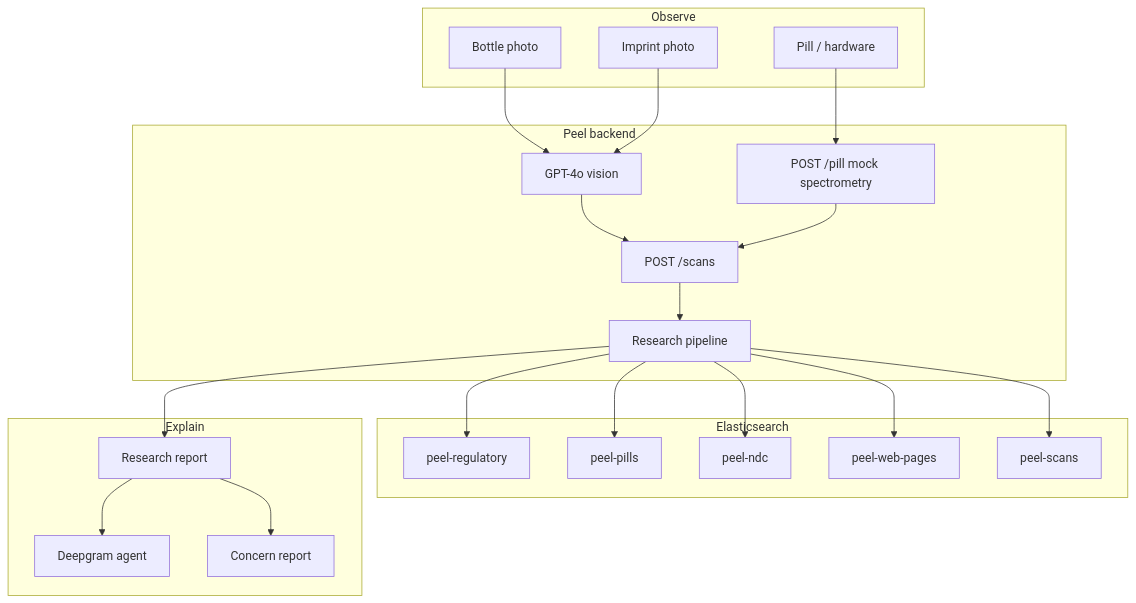
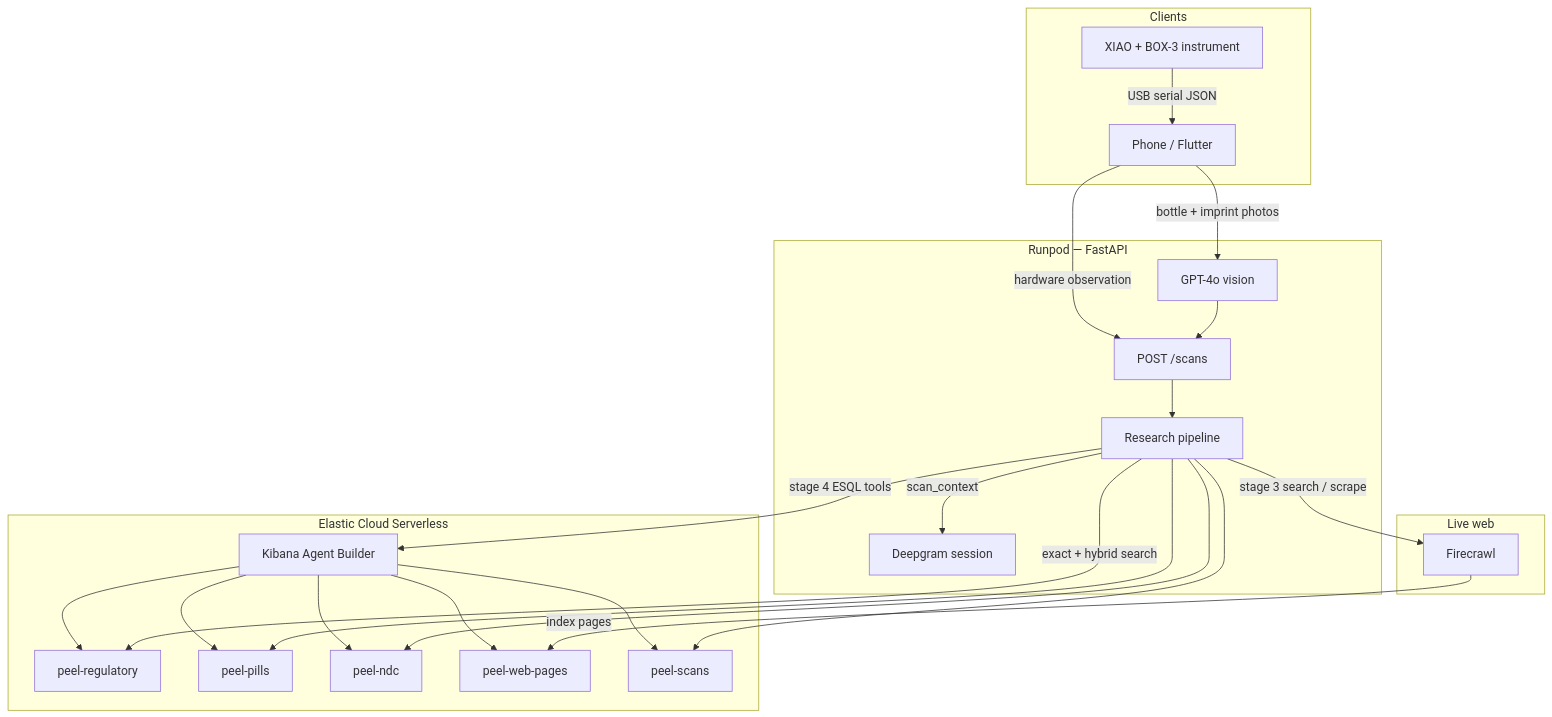
Before and after one commit to viktorinkov/HackMIT-2026: the diagram in README.md, drawn with Mermaid. The commit also changed other lines of this file, not shown here.

First line of the commit message:
Rewrite the README around architecture and the backend stack.

````diff
--- a/README.md
+++ b/README.md
@@ -117,44 +56,46 @@
 ```mermaid
 flowchart TB
-  subgraph observe [Observe]
-    bottle[Bottle photo]
-    imprint[Imprint photo]
-    pill[Pill / hardware]
+  subgraph clients [Clients]
+    phone[Phone / Flutter]
+    hw[XIAO + BOX-3 instrument]
   end
 
-  subgraph api [Peel backend]
+  subgraph runpod [Runpod — FastAPI]
     vision[GPT-4o vision]
-    mock[POST /pill mock spectrometry]
     scans[POST /scans]
     pipe[Research pipeline]
+    voice[Deepgram session]
   end
 
-  subgraph es [Elasticsearch]
+  subgraph elastic [Elastic Cloud Serverless]
     reg[peel-regulatory]
     pills[peel-pills]
     ndc[peel-ndc]
     web[peel-web-pages]
     history[peel-scans]
+    kibana[Kibana Agent Builder]
   end
 
-  subgraph out [Explain]
-    report[Research report]
-    voice[Deepgram agent]
-    file[Concern report]
+  subgraph live [Live web]
+    fc[Firecrawl]
   end
 
-  bottle --> vision
-  imprint --> vision
-  pill --> mock
+  phone -->|bottle + imprint photos| vision
+  hw -->|USB serial JSON| phone
   vision --> scans
-  mock --> scans
+  phone -->|hardware observation| scans
   scans --> pipe
-  pipe --> reg
+  pipe -->|exact + hybrid search| reg
   pipe --> pills
   pipe --> ndc
-  pipe --> web
   pipe --> history
-  pipe --> report
-  report --> voice
-  report --> file
+  pipe -->|stage 3 search / scrape| fc
+  fc -->|index pages| web
+  pipe -->|stage 4 ESQL tools| kibana
+  kibana --> reg
+  kibana --> pills
+  kibana --> ndc
+  kibana --> web
+  kibana --> history
+  pipe -->|scan_context| voice
 ```
````
